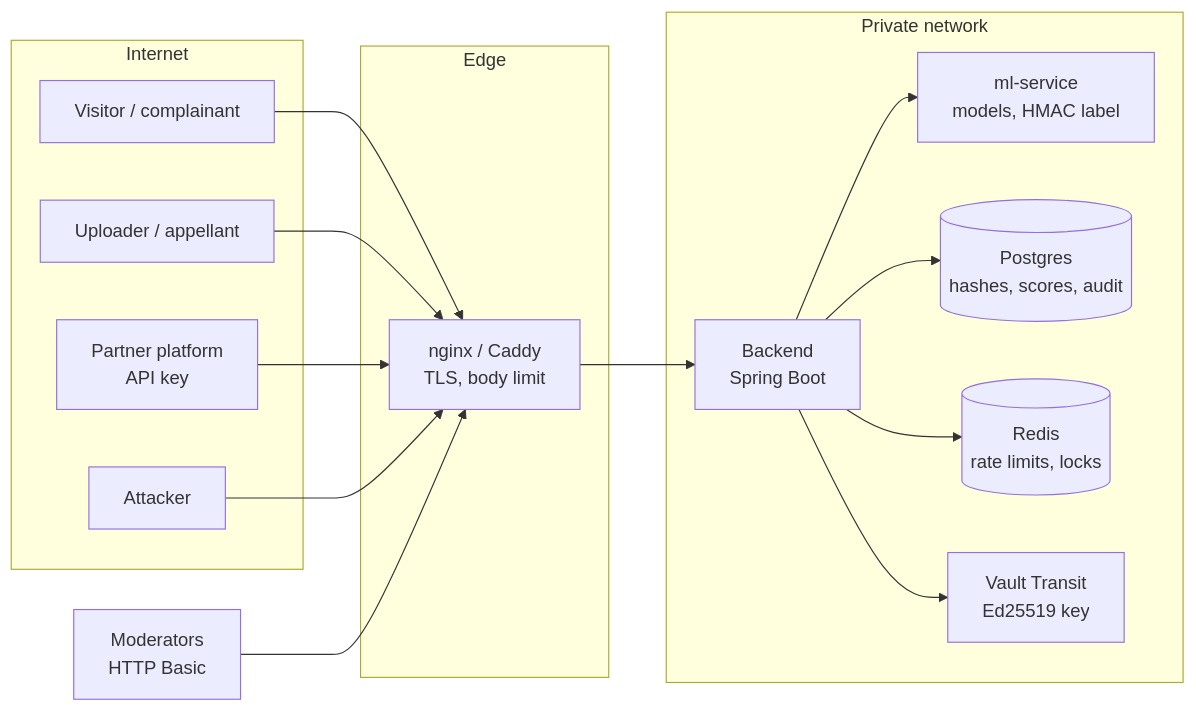
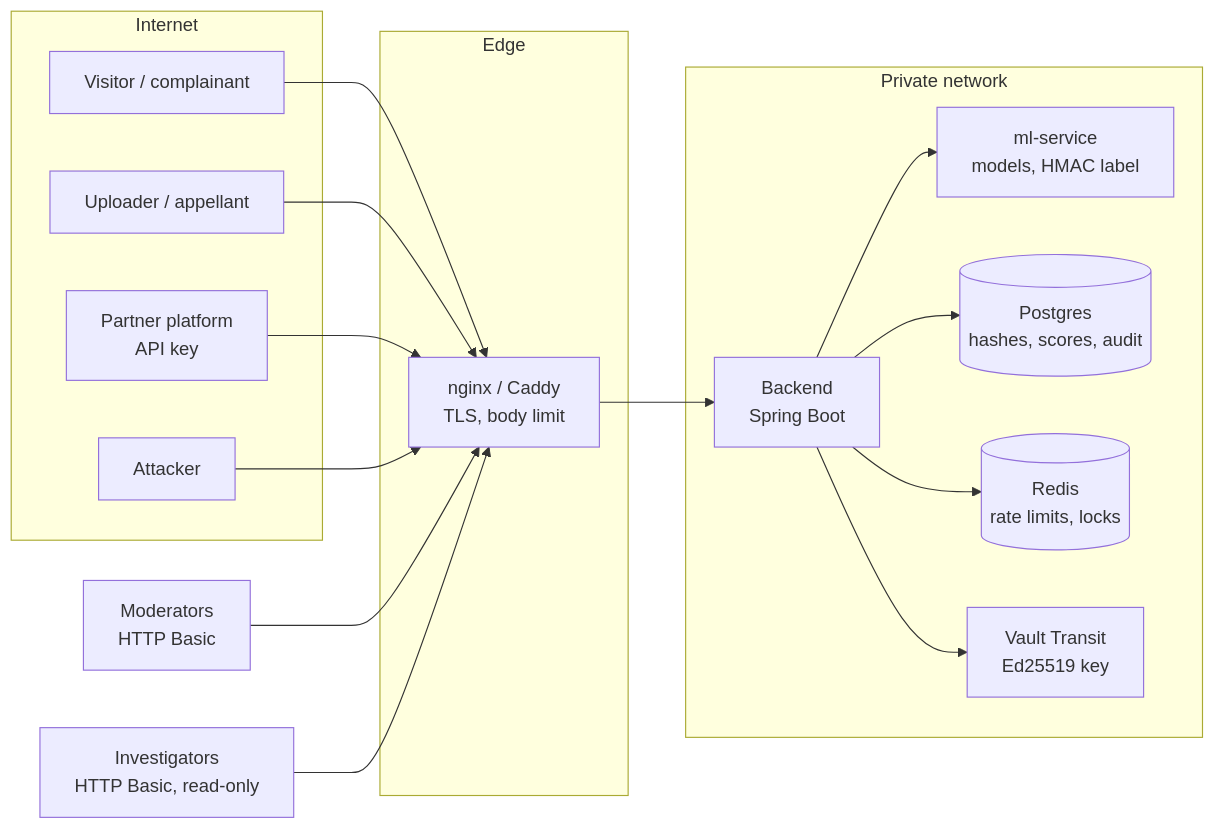
One commit to SunilMaurya-18/Forged-Obscene-Media-Detection-Engine changed the diagram in docs/THREAT_MODEL.md. Above: the diagram before and after it, drawn with Mermaid. The commit also changed other lines of this file and 55 other files, not shown here.

````diff
--- a/docs/THREAT_MODEL.md
+++ b/docs/THREAT_MODEL.md
@@ -19,26 +19,28 @@
 ```mermaid
 flowchart LR
   subgraph Internet
     V[Visitor / complainant]
     U[Uploader / appellant]
     P[Partner platform<br/>API key]
     A[Attacker]
   end
   subgraph Edge
     N[nginx / Caddy<br/>TLS, body limit]
   end
   subgraph Private network
     B[Backend<br/>Spring Boot]
     M[ml-service<br/>models, HMAC label]
     D[(Postgres<br/>hashes, scores, audit)]
     R[(Redis<br/>rate limits, locks)]
     K[Vault Transit<br/>Ed25519 key]
   end
   MOD[Moderators<br/>HTTP Basic]
+  INV[Investigators<br/>HTTP Basic, read-only]
   V & U & P & A --> N --> B
   MOD --> N
+  INV --> N
   B --> M
   B --> D
   B --> R
   B --> K
 ```
````
